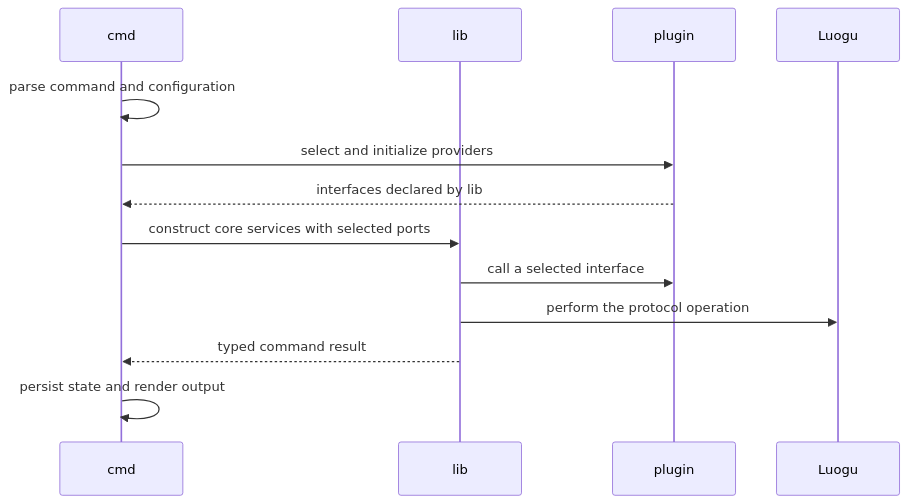
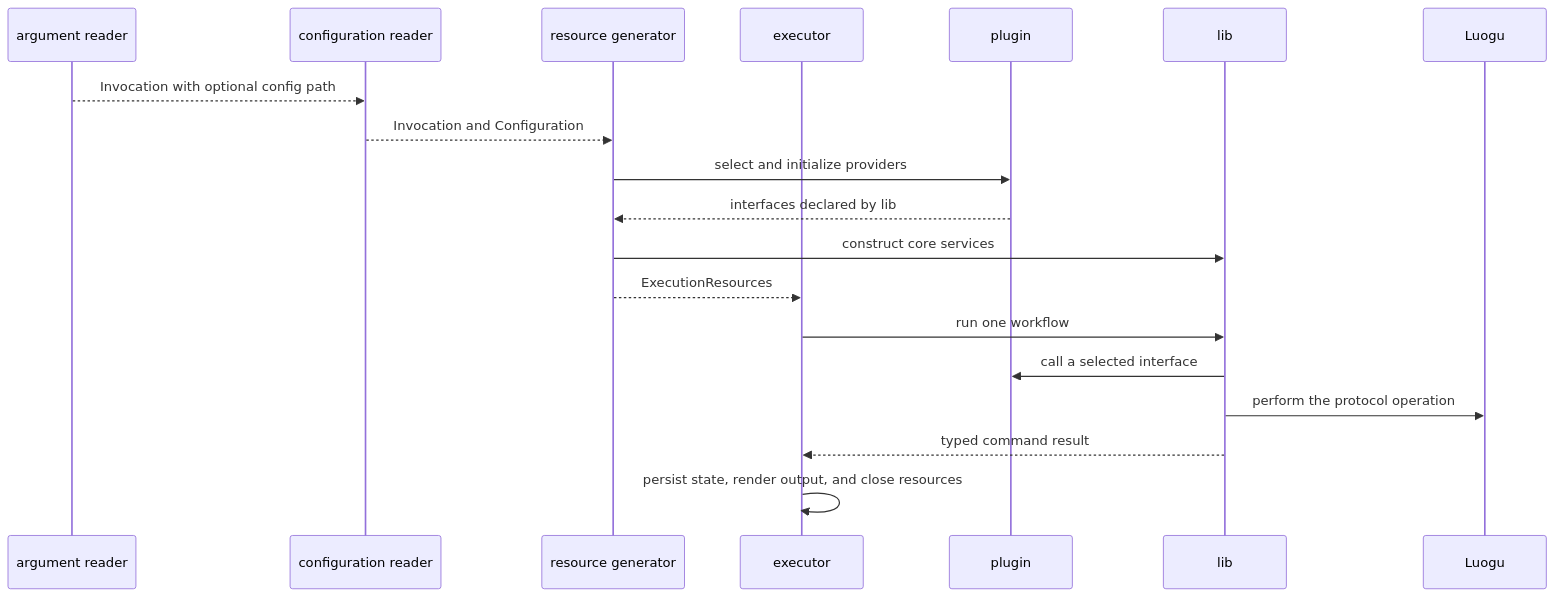
Before and after one commit to haomingbai/lgc: the second of 3 diagrams in docs/design.md, drawn with Mermaid. The commit also changed other lines of this file and 1 other file, not shown here.

Commit message:
docs(design): define command pipeline stages

````diff
--- a/docs/design.md
+++ b/docs/design.md
@@ -82,16 +94,22 @@
 ```mermaid
 sequenceDiagram
-    participant C as cmd
+    participant A as argument reader
+    participant C as configuration reader
+    participant R as resource generator
+    participant E as executor
+    participant P as plugin
     participant L as lib
-    participant P as plugin
     participant U as Luogu
 
-    C->>C: parse command and configuration
-    C->>P: select and initialize providers
-    P-->>C: interfaces declared by lib
-    C->>L: construct core services with selected ports
+    A-->>C: Invocation with optional config path
+    C-->>R: Invocation and Configuration
+    R->>P: select and initialize providers
+    P-->>R: interfaces declared by lib
+    R->>L: construct core services
+    R-->>E: ExecutionResources
+    E->>L: run one workflow
     L->>P: call a selected interface
     L->>U: perform the protocol operation
-    L-->>C: typed command result
-    C->>C: persist state and render output
+    L-->>E: typed command result
+    E->>E: persist state, render output, and close resources
 ```
````
